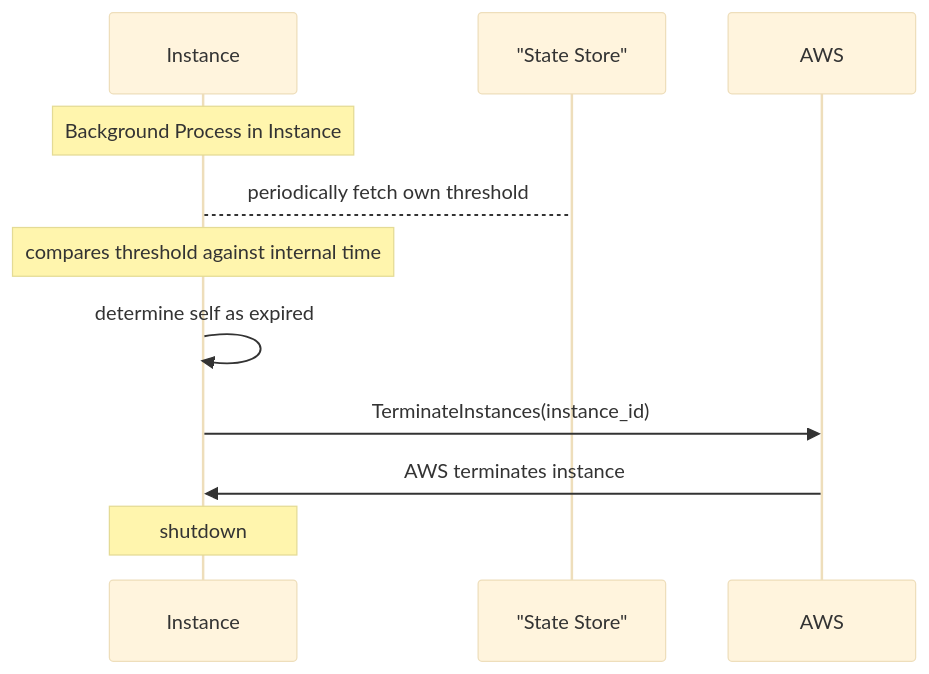
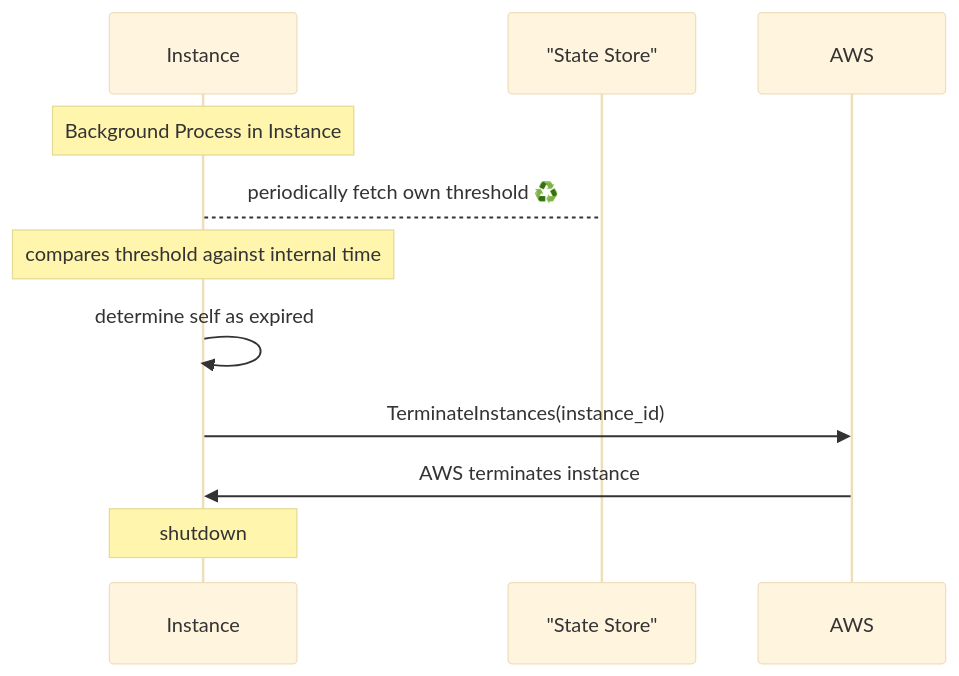
The sixth of 6 diagrams in docs/architecture/overview.md (fleet-actions/ec2-runner-pool-manager), drawn with Mermaid (base theme) before and after one commit. The commit also changed other lines of this file and 1 other file, not shown here.

Commit message:
docs(architecture): enhance architecture overview diagrams

````diff
--- a/docs/architecture/overview.md
+++ b/docs/architecture/overview.md
@@ -348,14 +348,14 @@
     ```mermaid
     sequenceDiagram
         participant Instance
         participant DynamoDB as "State Store"
         participant AWS
 
         Note over Instance: Background Process in Instance 
-        Instance-->DynamoDB: periodically fetch own threshold
+        Instance-->DynamoDB: periodically fetch own threshold ♻️
         Note over Instance: compares threshold against internal time
         Instance->>Instance: determine self as expired
         Instance->>AWS: TerminateInstances(instance_id)
         AWS->>Instance: AWS terminates instance
         Note over Instance: shutdown
     ```
````
